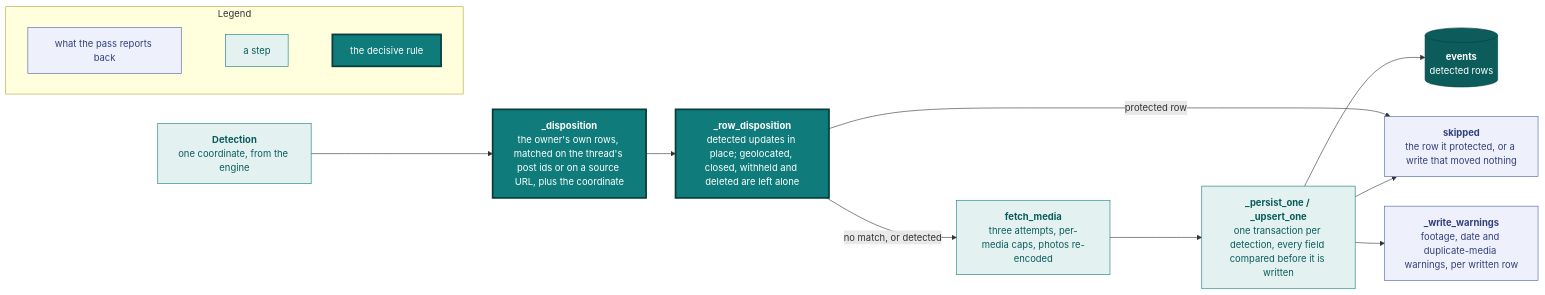
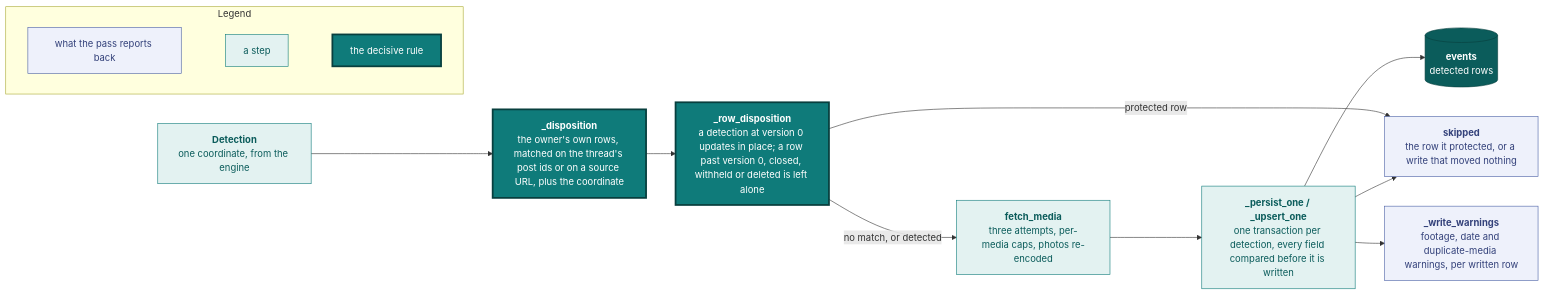
Before and after one commit to vidithq/vidit: the sixth of 6 diagrams in docs/ingestion.md, drawn with Mermaid. The commit also changed other lines of this file and 6 other files, not shown here.

````diff
--- a/docs/ingestion.md
+++ b/docs/ingestion.md
@@ -500,38 +500,38 @@
 ```mermaid
 flowchart LR
   classDef spec fill:#eef1fb,stroke:#4a5fa5,color:#33417a
   classDef shared fill:#e3f2f1,stroke:#0f7b7a,color:#0b5c5b
   classDef core fill:#0f7b7a,stroke:#083f3e,stroke-width:3px,color:#ffffff
   classDef store fill:#0b5c5b,stroke:#083f3e,color:#ffffff
 
   subgraph legend [Legend]
     direction LR
     l1["`what the pass reports back`"]:::spec
     l2["`a step`"]:::shared
     l3["`the decisive rule`"]:::core
     l1 ~~~ l2 ~~~ l3
   end
 
   detection["`**Detection**
   one coordinate, from the engine`"]:::shared
   match["`**_disposition**
   the owner's own rows, matched on the thread's post ids or on a source URL, plus the coordinate`"]:::core
   matrix["`**_row_disposition**
-  detected updates in place; geolocated, closed, withheld and deleted are left alone`"]:::core
+  a detection at version 0 updates in place; a row past version 0, closed, withheld or deleted is left alone`"]:::core
   fetch["`**fetch_media**
   three attempts, per-media caps, photos re-encoded`"]:::shared
   write["`**_persist_one / _upsert_one**
   one transaction per detection, every field compared before it is written`"]:::shared
   rows[("`**events**
   detected rows`")]:::store
   skip["`**skipped**
   the row it protected, or a write that moved nothing`"]:::spec
   warn["`**_write_warnings**
   footage, date and duplicate-media warnings, per written row`"]:::spec
 
   detection --> match --> matrix
   matrix -- "no match, or detected" --> fetch --> write --> rows
   matrix -- "protected row" --> skip
   write --> skip
   write --> warn
 ```
````
